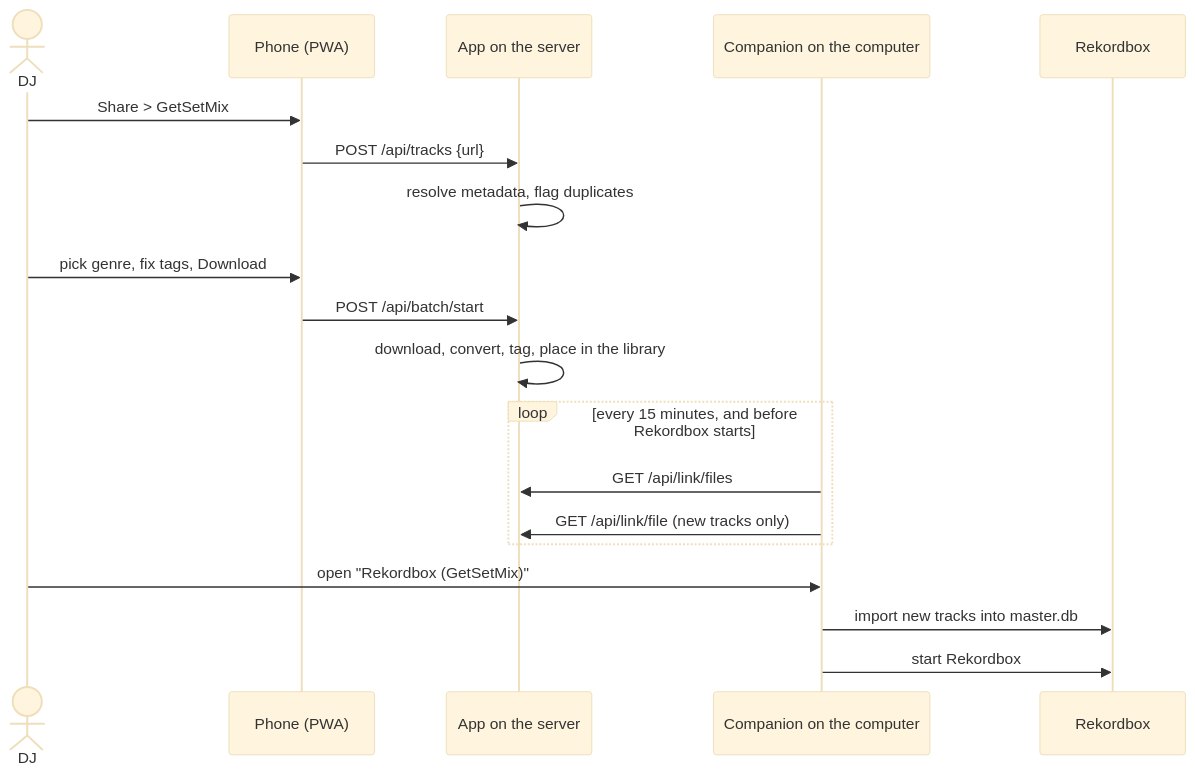
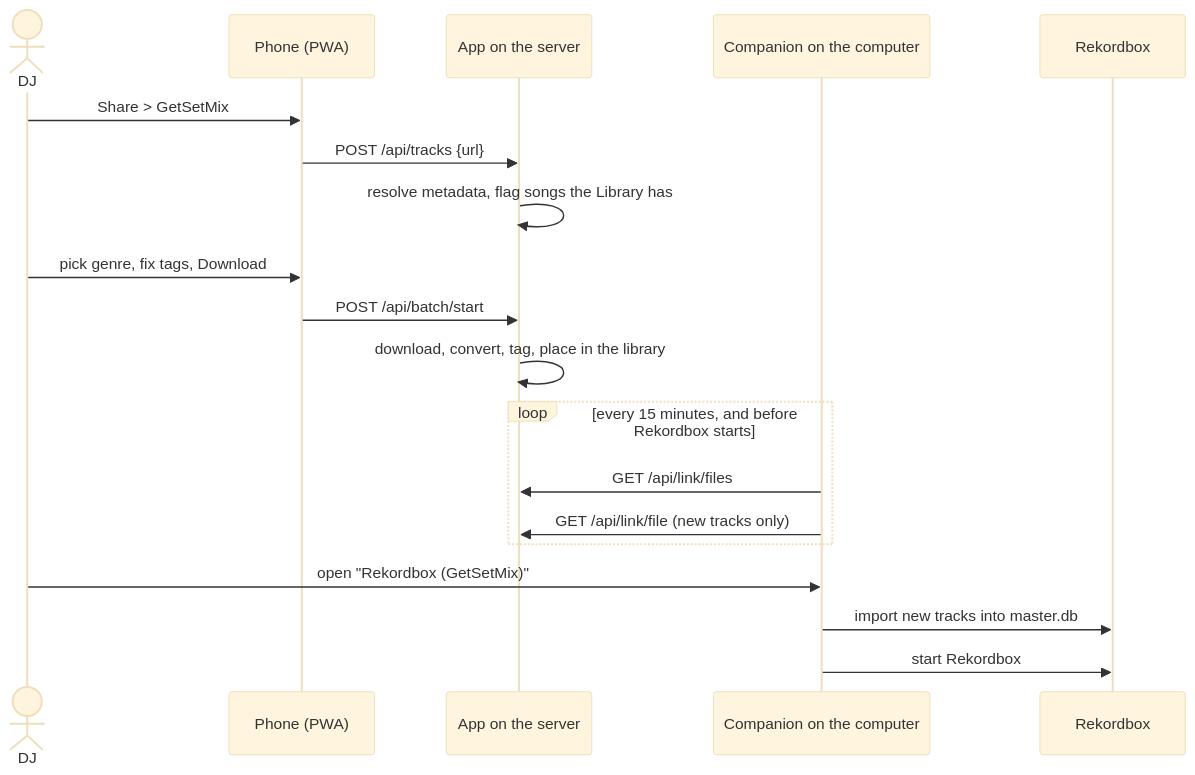
Before and after one commit to Fre0Grella/getsetmix: the third of 3 diagrams in docs/architecture.md, drawn with Mermaid (base theme). The commit also changed other lines of this file and 21 other files, not shown here.

````diff
--- a/docs/architecture.md
+++ b/docs/architecture.md
@@ -185,22 +186,22 @@
 ```mermaid
 sequenceDiagram
     actor DJ
     participant Phone as Phone (PWA)
     participant App as App on the server
     participant Comp as Companion on the computer
     participant RB as Rekordbox
 
     DJ->>Phone: Share > GetSetMix
     Phone->>App: POST /api/tracks {url}
-    App->>App: resolve metadata, flag duplicates
+    App->>App: resolve metadata, flag songs the Library has
     DJ->>Phone: pick genre, fix tags, Download
     Phone->>App: POST /api/batch/start
     App->>App: download, convert, tag, place in the library
     loop every 15 minutes, and before Rekordbox starts
         Comp->>App: GET /api/link/files
         Comp->>App: GET /api/link/file (new tracks only)
     end
     DJ->>Comp: open "Rekordbox (GetSetMix)"
     Comp->>RB: import new tracks into master.db
     Comp->>RB: start Rekordbox
 ```
````
